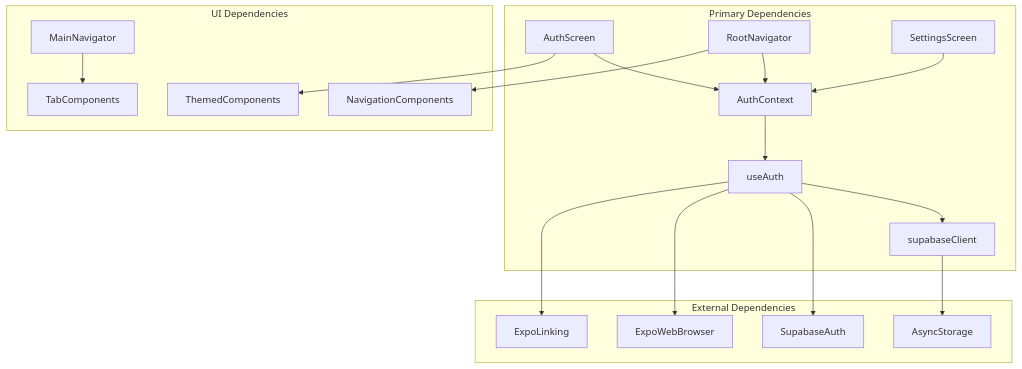
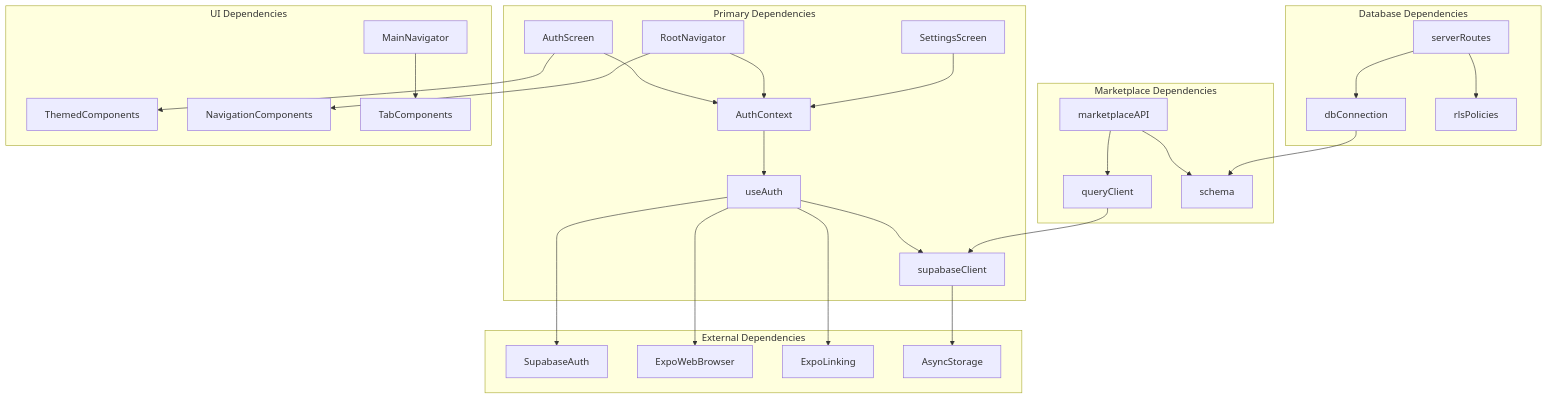
Diagram 12 of 12 in .qoder/repowiki/en/content/User Management/Authentication System.md (hunglevi87/Hidden-Gem), drawn with Mermaid before and after one commit. The commit also changed other lines of this file and 5 other files, not shown here.

````diff
--- a/.qoder/repowiki/en/content/User Management/Authentication System.md
+++ b/.qoder/repowiki/en/content/User Management/Authentication System.md
@@ -330,21 +534,31 @@
 ```mermaid
 graph TB
 subgraph "Primary Dependencies"
 AuthContext --> useAuth
 useAuth --> supabaseClient
 AuthScreen --> AuthContext
 RootNavigator --> AuthContext
 SettingsScreen --> AuthContext
+end
+subgraph "Marketplace Dependencies"
+marketplaceAPI --> queryClient
+queryClient --> supabaseClient
+marketplaceAPI --> schema
+end
+subgraph "Database Dependencies"
+serverRoutes --> dbConnection
+dbConnection --> schema
+serverRoutes --> rlsPolicies
 end
 subgraph "External Dependencies"
 useAuth --> SupabaseAuth
 useAuth --> ExpoWebBrowser
 useAuth --> ExpoLinking
 supabaseClient --> AsyncStorage
 end
 subgraph "UI Dependencies"
 AuthScreen --> ThemedComponents
 RootNavigator --> NavigationComponents
 MainNavigator --> TabComponents
 end
 ```
````
